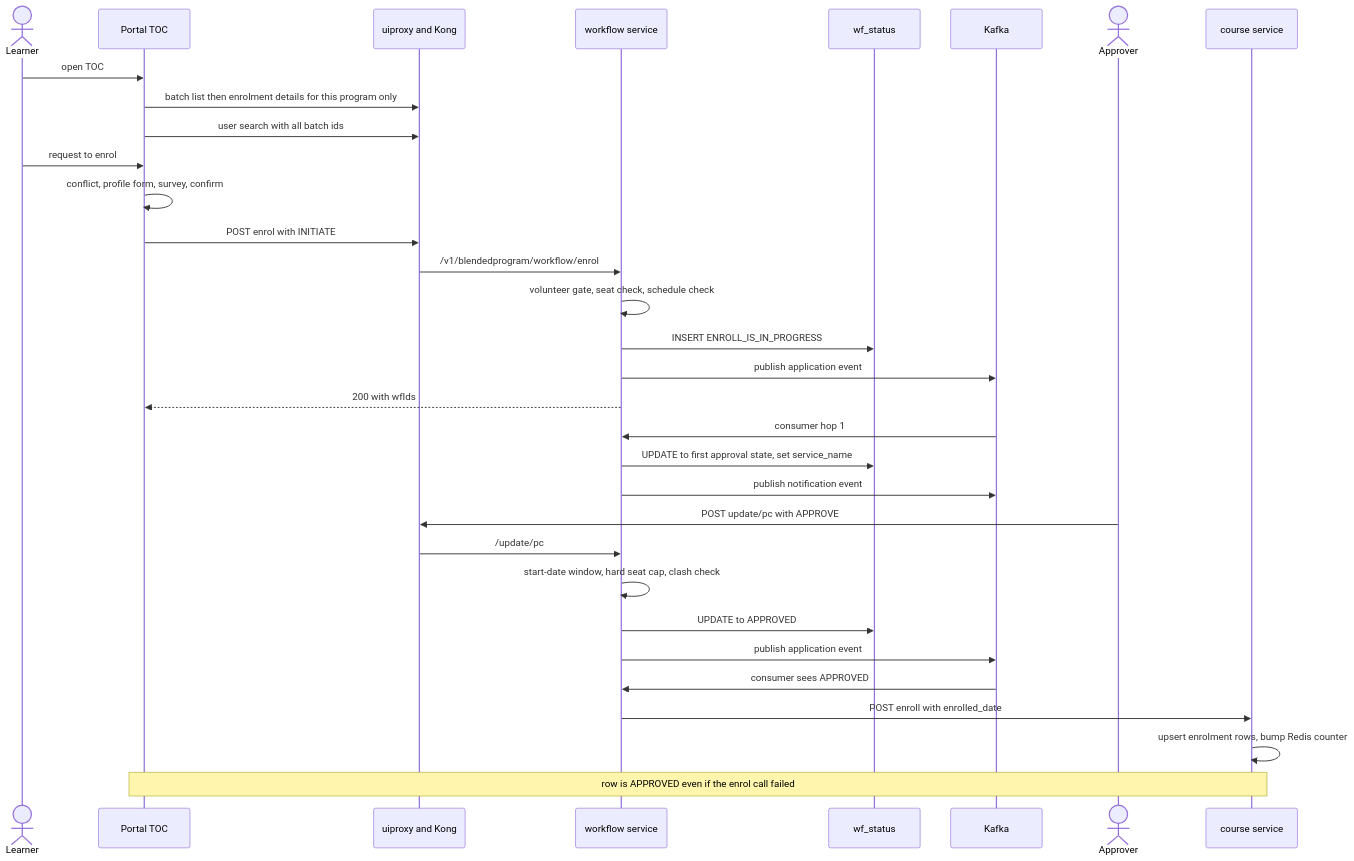
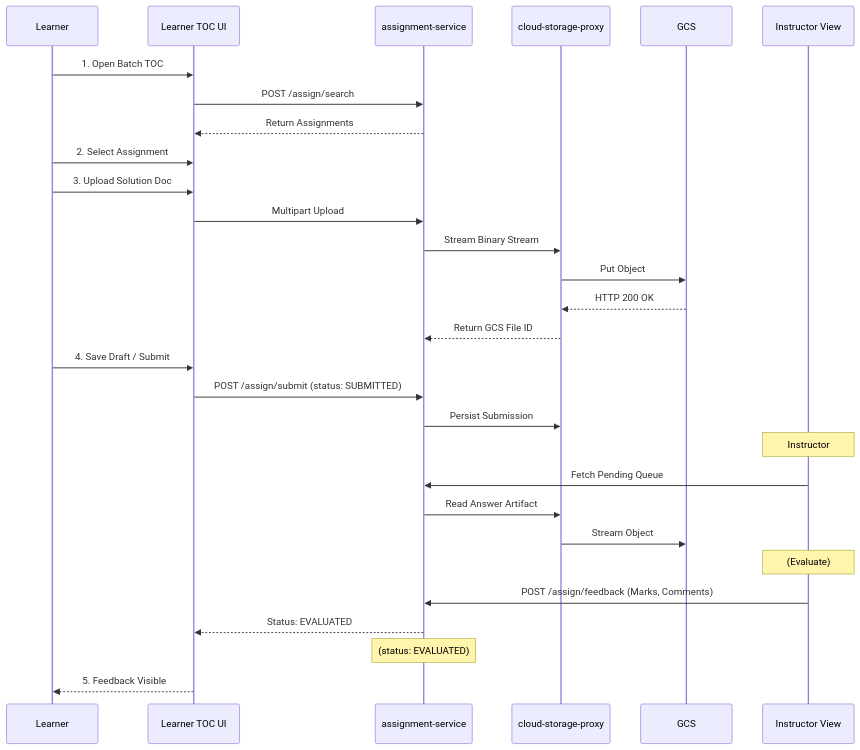
The fifth of 9 diagrams in docs/learning-hub/blended-program/lld.md (KB-iGOT/igot-docs), drawn with Mermaid before and after one commit. The commit also changed other lines of this file and 9 other files, not shown here.

````diff
--- a/docs/learning-hub/blended-program/lld.md
+++ b/docs/learning-hub/blended-program/lld.md
@@ -128,34 +110,31 @@
 ```mermaid
 sequenceDiagram
-    actor L as Learner
-    participant P as Portal TOC
-    participant G as uiproxy and Kong
-    participant W as workflow service
-    participant PG as wf_status
-    participant K as Kafka
-    actor A as Approver
-    participant LMS as course service
-    L->>P: open TOC
-    P->>G: batch list then enrolment details for this program only
-    P->>G: user search with all batch ids
-    L->>P: request to enrol
-    P->>P: conflict, profile form, survey, confirm
-    P->>G: POST enrol with INITIATE
-    G->>W: /v1/blendedprogram/workflow/enrol
-    W->>W: volunteer gate, seat check, schedule check
-    W->>PG: INSERT ENROLL_IS_IN_PROGRESS
-    W->>K: publish application event
-    W-->>P: 200 with wfIds
-    K->>W: consumer hop 1
-    W->>PG: UPDATE to first approval state, set service_name
-    W->>K: publish notification event
-    A->>G: POST update/pc with APPROVE
-    G->>W: /update/pc
-    W->>W: start-date window, hard seat cap, clash check
-    W->>PG: UPDATE to APPROVED
-    W->>K: publish application event
-    K->>W: consumer sees APPROVED
-    W->>LMS: POST enroll with enrolled_date
-    LMS->>LMS: upsert enrolment rows, bump Redis counter
-    Note over P,LMS: row is APPROVED even if the enrol call failed
+    participant LE as Learner
+    participant UI as Learner TOC UI
+    participant AS as assignment-service
+    participant CSP as cloud-storage-proxy
+    participant GCS as GCS
+    participant IV as Instructor View
+    LE->>UI: 1. Open Batch TOC
+    UI->>AS: POST /assign/search
+    AS-->>UI: Return Assignments
+    LE->>UI: 2. Select Assignment
+    LE->>UI: 3. Upload Solution Doc
+    UI->>AS: Multipart Upload
+    AS->>CSP: Stream Binary Stream
+    CSP->>GCS: Put Object
+    GCS-->>CSP: HTTP 200 OK
+    CSP-->>AS: Return GCS File ID
+    LE->>UI: 4. Save Draft / Submit
+    UI->>AS: POST /assign/submit (status: SUBMITTED)
+    AS->>CSP: Persist Submission
+    Note over IV: Instructor
+    IV->>AS: Fetch Pending Queue
+    AS->>CSP: Read Answer Artifact
+    CSP->>GCS: Stream Object
+    Note over IV: (Evaluate)
+    IV->>AS: POST /assign/feedback (Marks, Comments)
+    AS-->>UI: Status: EVALUATED
+    Note over AS: (status: EVALUATED)
+    UI-->>LE: 5. Feedback Visible
 ```
````
